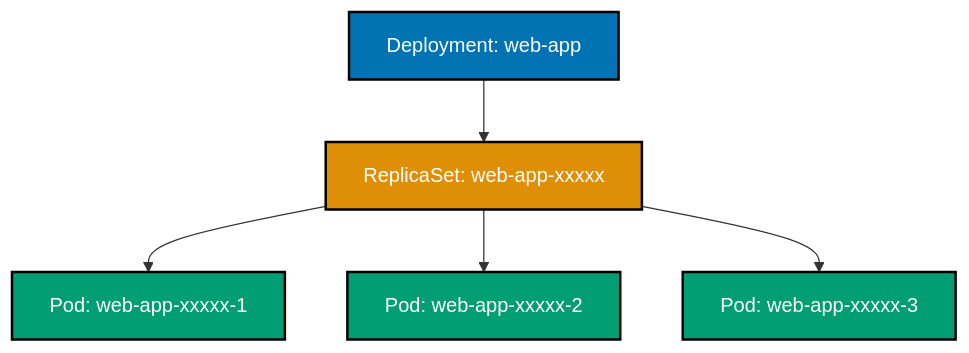
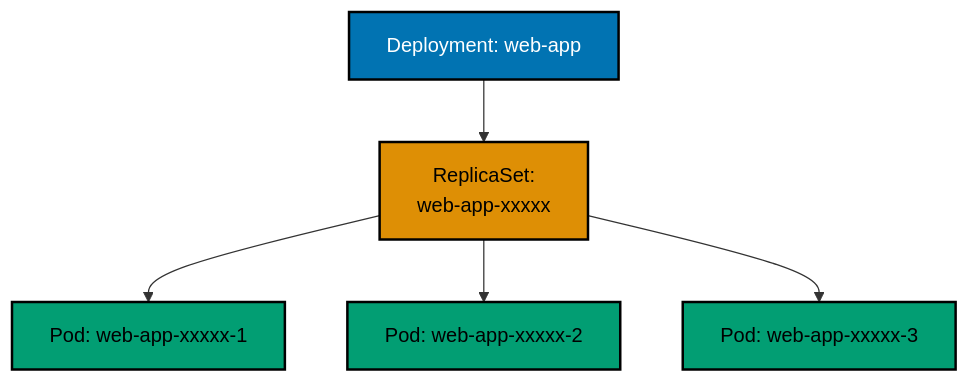
Before and after one commit to wahidyankf/ose-public: the fourth of 9 diagrams in apps/ayokoding-www/content/en/learn/legacy/software-engineering/infrastructure/tools/kubernetes/by-example/beginner.md, drawn with Mermaid. The commit also changed other lines of this file and 131 other files, not shown here.

First line of the commit message:
fix(mermaid): bring the legacy data, infrastructure, and testing diagrams onto the accessible palette

````diff
--- a/apps/ayokoding-www/content/en/learn/legacy/software-engineering/infrastructure/tools/kubernetes/by-example/beginner.md
+++ b/apps/ayokoding-www/content/en/learn/legacy/software-engineering/infrastructure/tools/kubernetes/by-example/beginner.md
@@ -507,15 +527,21 @@
 ```mermaid
 %% Color Palette: Blue #0173B2, Orange #DE8F05, Teal #029E73, Purple #CC78BC, Brown #CA9161
 %% Deployment hierarchy
 graph TD
- A[Deployment: web-app] --> B[ReplicaSet: web-app-xxxxx]
+ accTitle: Example 8: Basic Deployment
+ accDescr: Graph with 5 nodes and 4 connections. Nodes: Deployment: web-app, ReplicaSet: web-app-xxxxx, Pod: web-app-xxxxx-1, Pod: web-app-xxxxx-2, Pod: web-app-xxxxx-3. Connections: Deployment: web-app to ReplicaSet: web-app-xxxxx, ReplicaSet: web-app-xxxxx to Pod: web-app-xxxxx-1, ReplicaSet: web-app-xxxxx to Pod: web-app-xxxxx-2, ReplicaSet: web-app-xxxxx to Pod: web-app-xxxxx-3.
+ A[Deployment: web-app] --> B[ReplicaSet:<br/>web-app-xxxxx]
  B --> C[Pod: web-app-xxxxx-1]
  B --> D[Pod: web-app-xxxxx-2]
  B --> E[Pod: web-app-xxxxx-3]
 
- style A fill:#0173B2,stroke:#000000,stroke-width:2px,color:#fff
- style B fill:#DE8F05,stroke:#000000,stroke-width:2px,color:#fff
- style C fill:#029E73,stroke:#000000,stroke-width:2px,color:#fff
- style D fill:#029E73,stroke:#000000,stroke-width:2px,color:#fff
- style E fill:#029E73,stroke:#000000,stroke-width:2px,color:#fff
+ classDef pal-0173B2 fill:#0173B2,stroke:#000000,color:#FFFFFF,stroke-width:2px
+ class A pal-0173B2
+ classDef pal-DE8F05 fill:#DE8F05,stroke:#000000,color:#000000,stroke-width:2px
+ class B pal-DE8F05
+ classDef pal-029E73 fill:#029E73,stroke:#000000,color:#000000,stroke-width:2px
+ class C pal-029E73
+ class D pal-029E73
+ class E pal-029E73
+ classDef default fill:#FFFFFF,stroke:#000000,color:#000000
 ```
````
